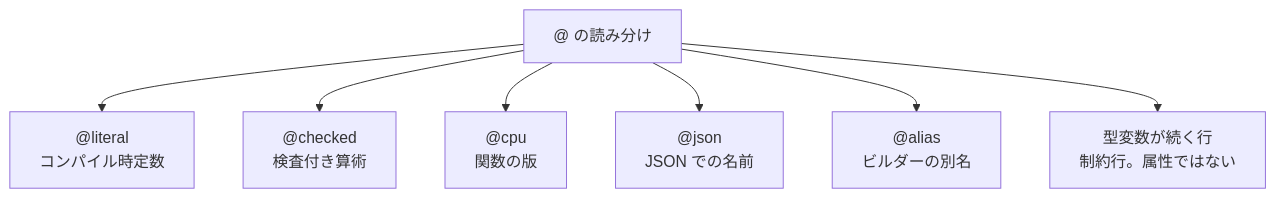
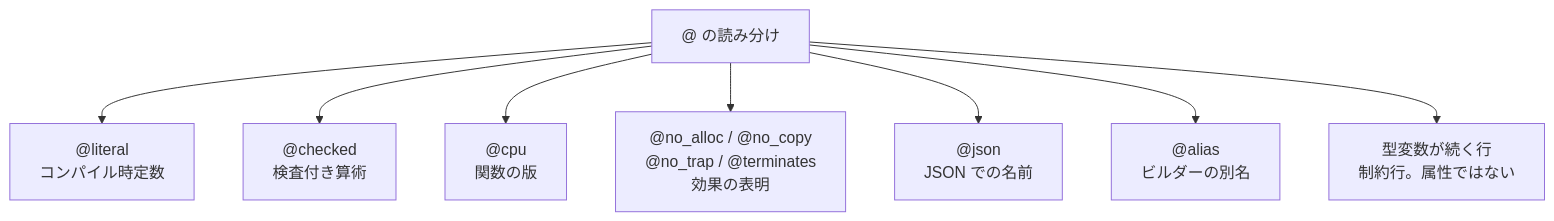
The diagram in _tsuzuri/language-reference/values-and-functions/attributes.md (tatsuya-midorikawa/Tsuzuri), drawn with Mermaid before and after one commit. The commit also changed other lines of this file and 56 other files, not shown here.

````diff
--- a/_tsuzuri/language-reference/values-and-functions/attributes.md
+++ b/_tsuzuri/language-reference/values-and-functions/attributes.md
@@ -19,10 +20,11 @@
 ```mermaid
 flowchart TD
     at["@ の読み分け"]
     at --> literal["@literal<br/>コンパイル時定数"]
     at --> checked["@checked<br/>検査付き算術"]
     at --> cpu["@cpu<br/>関数の版"]
+    at --> effects["@no_alloc / @no_copy<br/>@no_trap / @terminates<br/>効果の表明"]
     at --> json["@json<br/>JSON での名前"]
     at --> alias["@alias<br/>ビルダーの別名"]
     at --> row["型変数が続く行<br/>制約行。属性ではない"]
 ```
````
